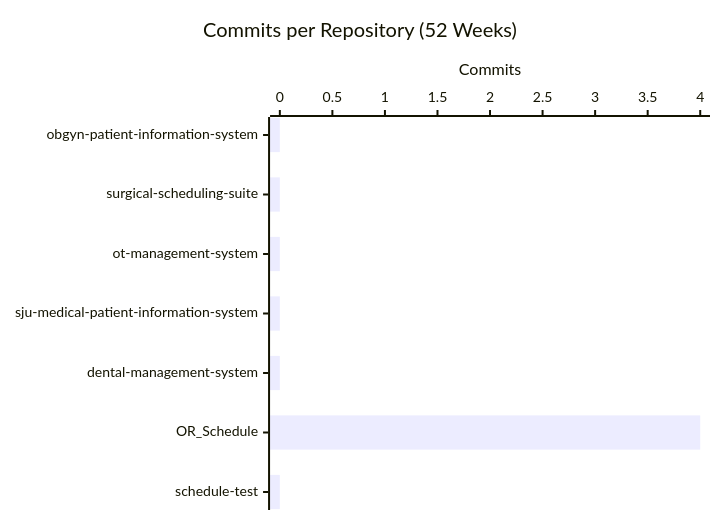
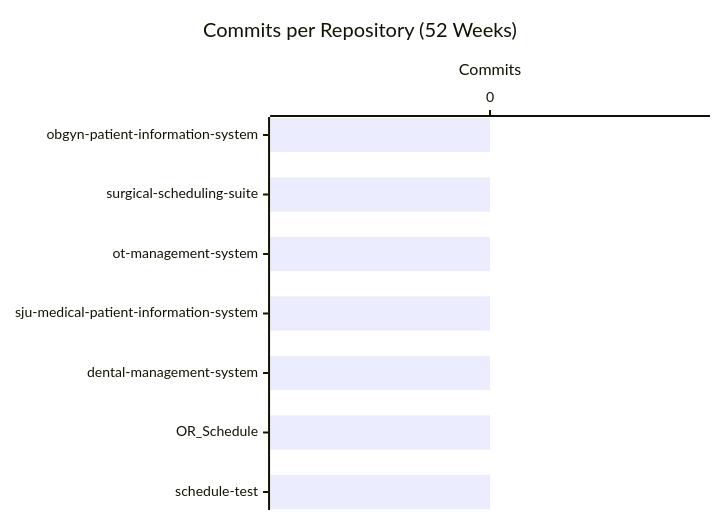
Before and after one commit to CSTH-Projects/.github: the second of 4 diagrams in profile/README.md, drawn with Mermaid. The commit also changed other lines of this file, not shown here.

````diff
--- a/profile/README.md
+++ b/profile/README.md
@@ -25,7 +25,7 @@
 ```mermaid
 xychart-beta horizontal
     title "Commits per Repository (52 Weeks)"
     x-axis ["obgyn-patient-information-system", "surgical-scheduling-suite", "ot-management-system", "sju-medical-patient-information-system", "dental-management-system", "OR_Schedule", "schedule-test"]
     y-axis "Commits"
-    bar [0, 0, 0, 0, 0, 4, 0]
+    bar [0, 0, 0, 0, 0, 0, 0]
 ```
````
